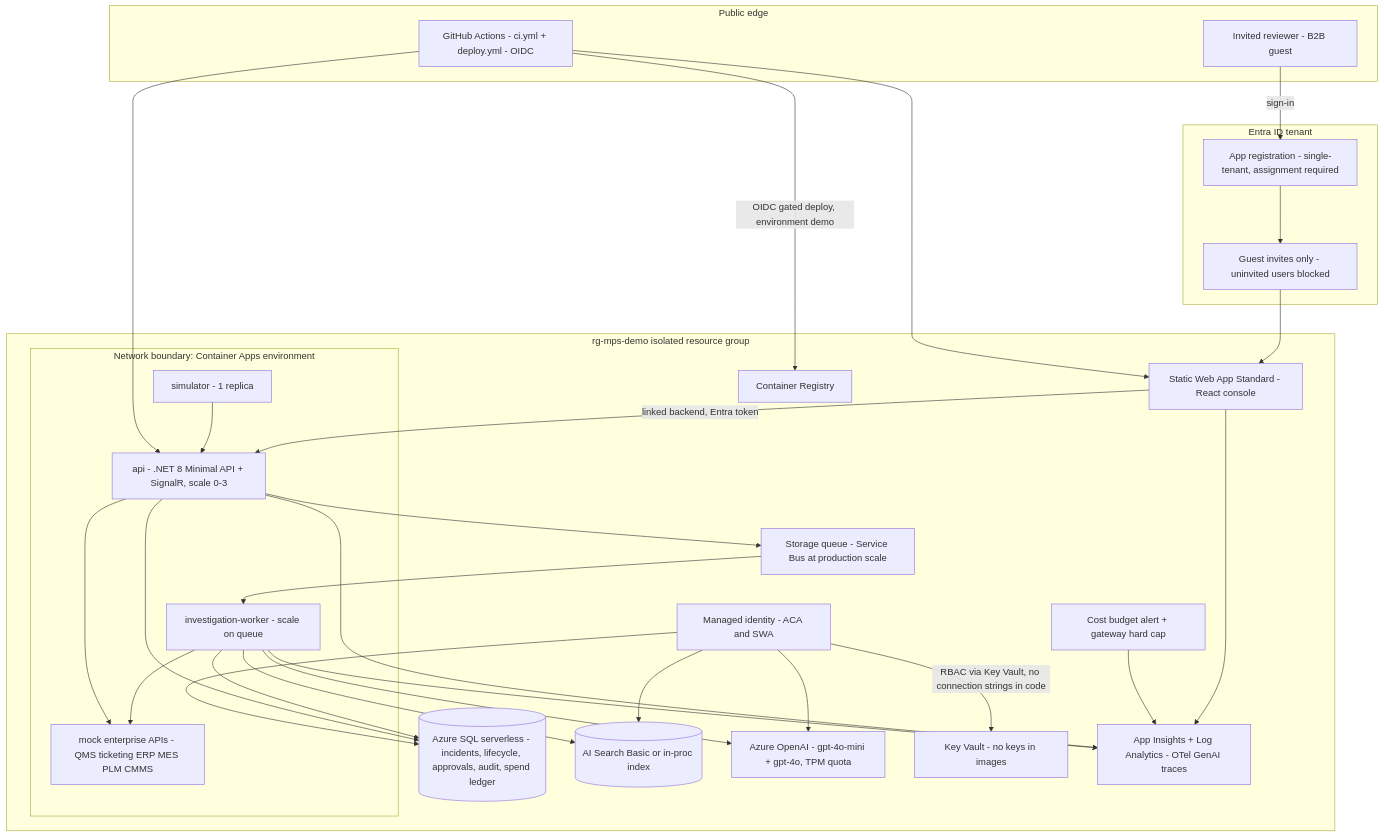
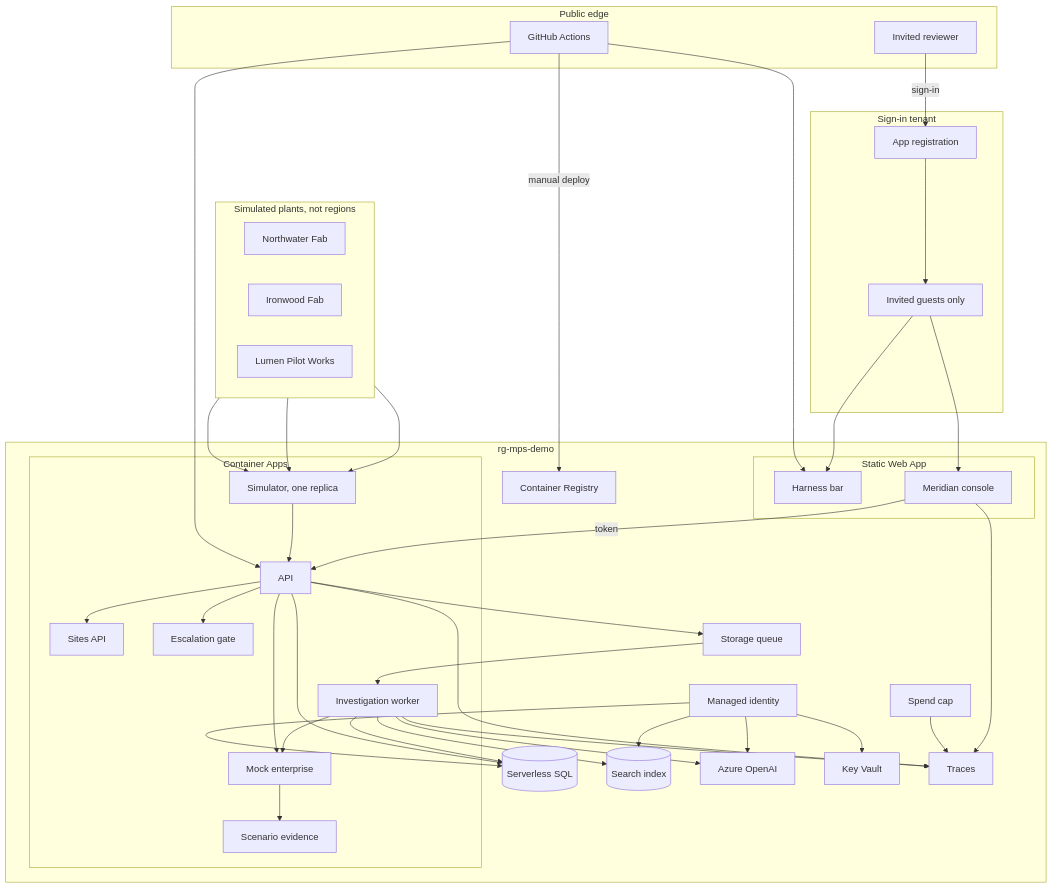
Before and after one commit to ccc-bcweis/mps-quality-agents: the diagram in docs/diagrams/print/mermaid/physical.mmd, drawn with Mermaid. The commit also changed 39 other files, not shown here.

First line of the commit message:
Diagrams and deck outline: three plants, harness versus console

```diff
--- a/docs/diagrams/print/mermaid/physical.mmd
+++ b/docs/diagrams/print/mermaid/physical.mmd
@@ -1,58 +1,79 @@
 flowchart TB
-  subgraph Public["Public edge"]
-    REV["Invited reviewer - B2B guest"]
-    GH["GitHub Actions - ci.yml + deploy.yml - OIDC"]
+  subgraph Plants["Simulated plants, not regions"]
+    direction LR
+    NW["Northwater Fab"]
+    IW["Ironwood Fab"]
+    LM["Lumen Pilot Works"]
   end
 
-  subgraph IdP["Entra ID tenant"]
-    APP["App registration - single-tenant, assignment required"]
-    GUESTS["Guest invites only - uninvited users blocked"]
+  subgraph Public["Public edge"]
+    REV["Invited reviewer"]
+    GH["GitHub Actions"]
+  end
+
+  subgraph IdP["Sign-in tenant"]
+    APP["App registration"]
+    GUESTS["Invited guests only"]
   end
 
   REV -->|sign-in| APP
   APP --> GUESTS
-  GUESTS --> SWA
 
-  subgraph RG["rg-mps-demo isolated resource group"]
-    subgraph Net["Network boundary: Container Apps environment"]
-      APIc["api - .NET 8 Minimal API + SignalR, scale 0-3"]
-      WRK["investigation-worker - scale on queue"]
-      SIMc["simulator - 1 replica"]
-      MOCK["mock enterprise APIs - QMS ticketing ERP MES PLM CMMS"]
+  subgraph RG["rg-mps-demo"]
+    subgraph Edge["Static Web App"]
+      HRN["Harness bar"]
+      CON["Meridian console"]
     end
 
-    SWA["Static Web App Standard - React console"]
-    Q["Storage queue - Service Bus at production scale"]
-    SQL[("Azure SQL serverless - incidents, lifecycle, approvals, audit, spend ledger")]
-    SRCH[("AI Search Basic or in-proc index")]
-    AOAI["Azure OpenAI - gpt-4o-mini + gpt-4o, TPM quota"]
-    KV["Key Vault - no keys in images"]
-    MI["Managed identity - ACA and SWA"]
-    AI["App Insights + Log Analytics - OTel GenAI traces"]
-    BUD["Cost budget alert + gateway hard cap"]
+    subgraph Net["Container Apps"]
+      APIc["API"]
+      SITES["Sites API"]
+      EGATE["Escalation gate"]
+      WRK["Investigation worker"]
+      SIMc["Simulator, one replica"]
+      MOCK["Mock enterprise"]
+      EVD["Scenario evidence"]
+    end
+
+    Q["Storage queue"]
+    SQL[("Serverless SQL")]
+    SRCH[("Search index")]
+    AOAI["Azure OpenAI"]
+    KV["Key Vault"]
+    MI["Managed identity"]
+    AI["Traces"]
+    BUD["Spend cap"]
     ACR["Container Registry"]
   end
 
-  SWA -->|linked backend, Entra token| APIc
+  GUESTS --> HRN
+  GUESTS --> CON
+  CON -->|token| APIc
+  NW --> SIMc
+  IW --> SIMc
+  LM --> SIMc
+  APIc --> SITES
+  APIc --> EGATE
   APIc --> Q
   Q --> WRK
   SIMc --> APIc
   WRK --> AOAI
   WRK --> SRCH
   WRK --> SQL
   WRK --> MOCK
+  MOCK --> EVD
   APIc --> SQL
   APIc --> MOCK
 
-  MI -->|RBAC via Key Vault, no connection strings in code| KV
+  MI --> KV
   MI --> AOAI
   MI --> SQL
   MI --> SRCH
   APIc --> AI
   WRK --> AI
-  SWA --> AI
+  CON --> AI
   BUD --> AI
 
-  GH -->|OIDC gated deploy, environment demo| ACR
+  GH -->|manual deploy| ACR
   GH --> APIc
-  GH --> SWA
+  GH --> HRN
```
